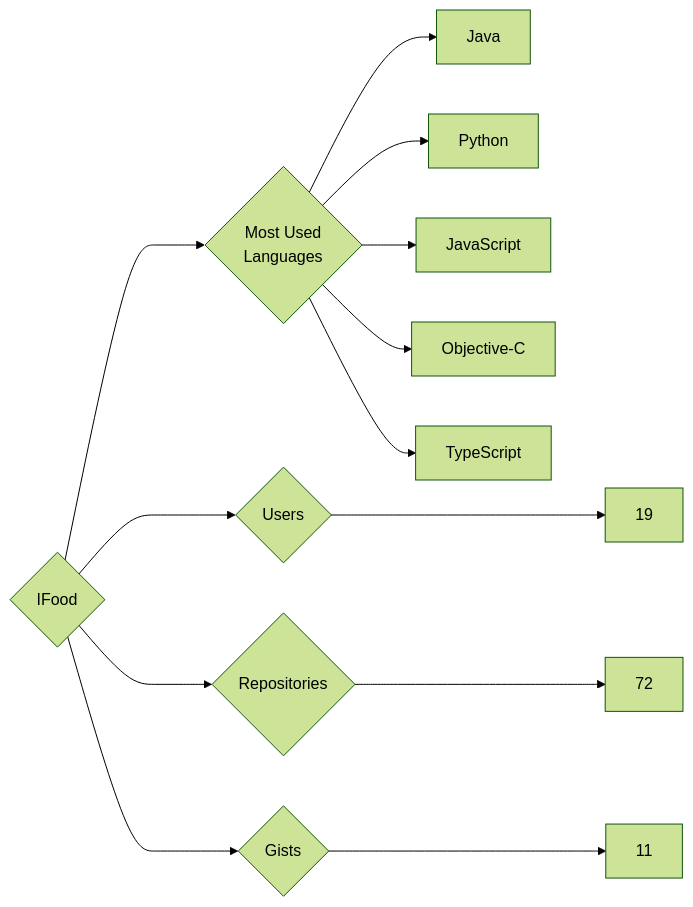
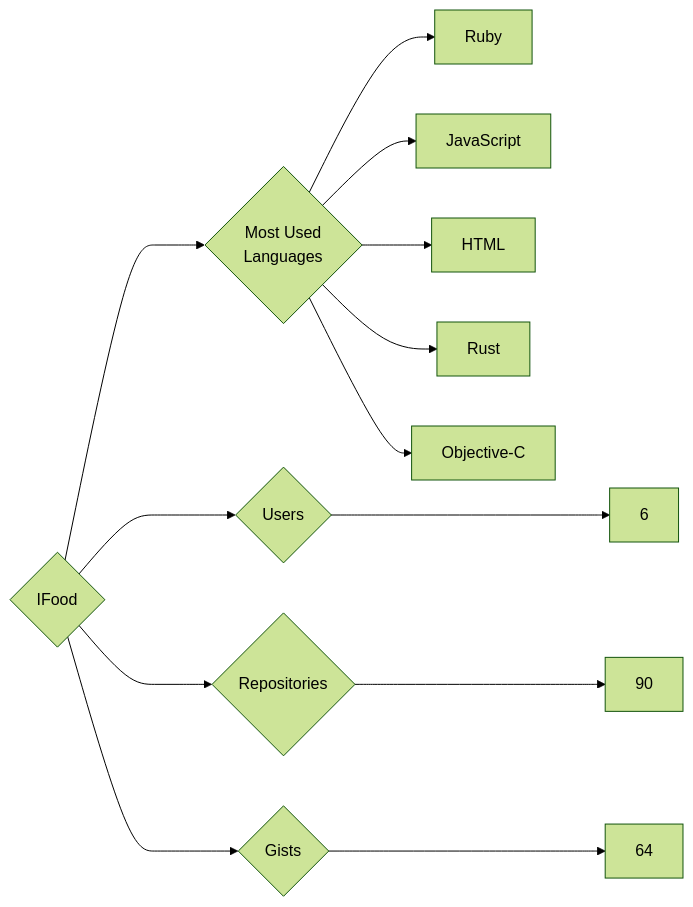
Before and after one commit to trickest/insiders: the diagram in targets/IFood/README.md, drawn with Mermaid (forest theme). The commit also changed 786 other files, not shown here.

````diff
--- a/targets/IFood/README.md
+++ b/targets/IFood/README.md
@@ -3,13 +3,13 @@
 ```mermaid
 graph LR
 COMPANY_NAME{IFood}
-COMPANY_NAME ---> U{Users} ---> UN[19]
-COMPANY_NAME ---> R{Repositories} ---> RN[72]
-COMPANY_NAME ---> G{Gists} ---> GN[11]
+COMPANY_NAME ---> U{Users} ---> UN[6]
+COMPANY_NAME ---> R{Repositories} ---> RN[90]
+COMPANY_NAME ---> G{Gists} ---> GN[64]
 COMPANY_NAME ---> ML{Most Used<br>Languages}
-ML --> Java[Java]
-ML --> Python[Python]
+ML --> Ruby[Ruby]
 ML --> JavaScript[JavaScript]
+ML --> HTML[HTML]
+ML --> Rust[Rust]
 ML --> Objective-C[Objective-C]
-ML --> TypeScript[TypeScript]
 ```
````
